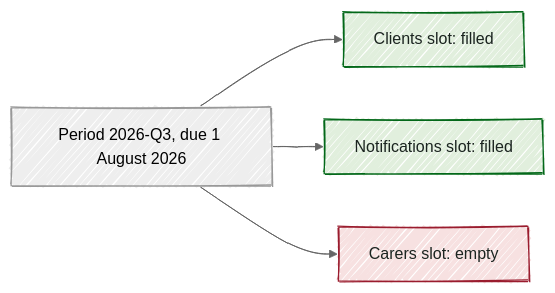
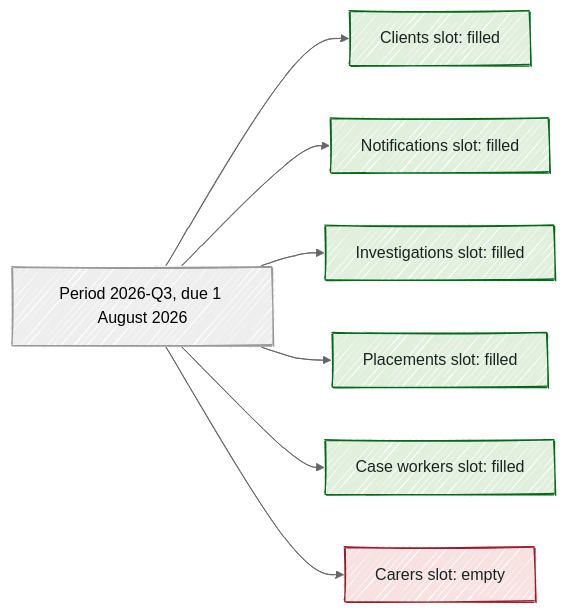
The diagram in .claude/skills/explain/evals/clean.md (keithamoss/data-poc), drawn with Mermaid before and after one commit. The commit also changed other lines of this file and 8 other files, not shown here.

````diff
--- a/.claude/skills/explain/evals/clean.md
+++ b/.claude/skills/explain/evals/clean.md
@@ -42,18 +54,21 @@
 ```mermaid
 ---
 config:
   look: handDrawn
   handDrawnSeed: 42
   theme: neutral
 ---
 flowchart LR
-  accTitle: Each table has its own slot in the period, and the carers slot is still empty.
-  accDescr: Each table has its own slot in the period, and the carers slot is still empty.
+  accTitle: All 6 Child Protection tables have a slot in 2026-Q3, and only the carers slot is still empty.
+  accDescr: All 6 Child Protection tables have a slot in 2026-Q3, and only the carers slot is still empty.
   P["Period 2026-Q3, due 1 August 2026"] --> A["Clients slot: filled"]
   P --> B["Notifications slot: filled"]
-  P --> C["Carers slot: empty"]
+  P --> C["Investigations slot: filled"]
+  P --> D["Placements slot: filled"]
+  P --> E["Case workers slot: filled"]
+  P --> F["Carers slot: empty"]
   classDef good fill:#E1EFDD,stroke:#036819,color:#1B2420
   classDef bad fill:#F7E1E1,stroke:#9A1C2E,color:#1B2420
-  class A,B good
-  class C bad
+  class A,B,C,D,E good
+  class F bad
 ```
````
